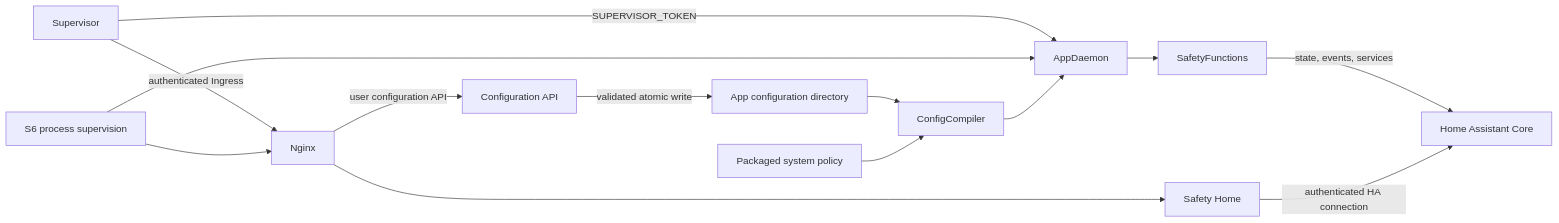
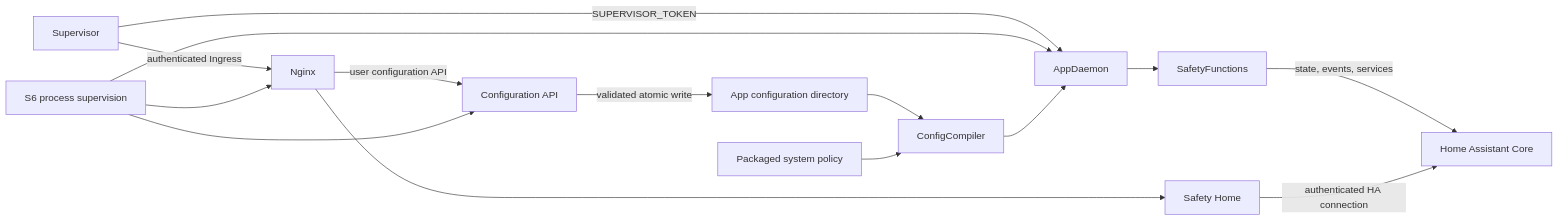
One commit to Arkaqius/SafetyComponent changed the diagram in docs/features/Home Assistant App - Architecture.md. Above: the diagram before and after it, drawn with Mermaid. The commit also changed other lines of this file and 12 other files, not shown here.

````diff
--- a/docs/features/Home Assistant App - Architecture.md
+++ b/docs/features/Home Assistant App - Architecture.md
@@ -15,16 +15,17 @@
 ```mermaid
 flowchart LR
     Supervisor -->|SUPERVISOR_TOKEN| AppDaemon
     Supervisor -->|authenticated Ingress| Nginx
     Nginx -->|user configuration API| ConfigApi[Configuration API]
     AppDaemon --> SafetyFunctions
     SafetyFunctions -->|state, events, services| HomeAssistant[Home Assistant Core]
     SafetyHome[Safety Home] -->|authenticated HA connection| HomeAssistant
     Nginx --> SafetyHome
     S6[S6 process supervision] --> AppDaemon
+    S6 --> ConfigApi
     S6 --> Nginx
     AppConfig[App configuration directory] --> ConfigCompiler
     ConfigApi -->|validated atomic write| AppConfig
     PackagedPolicy[Packaged system policy] --> ConfigCompiler
     ConfigCompiler --> AppDaemon
 ```
````
